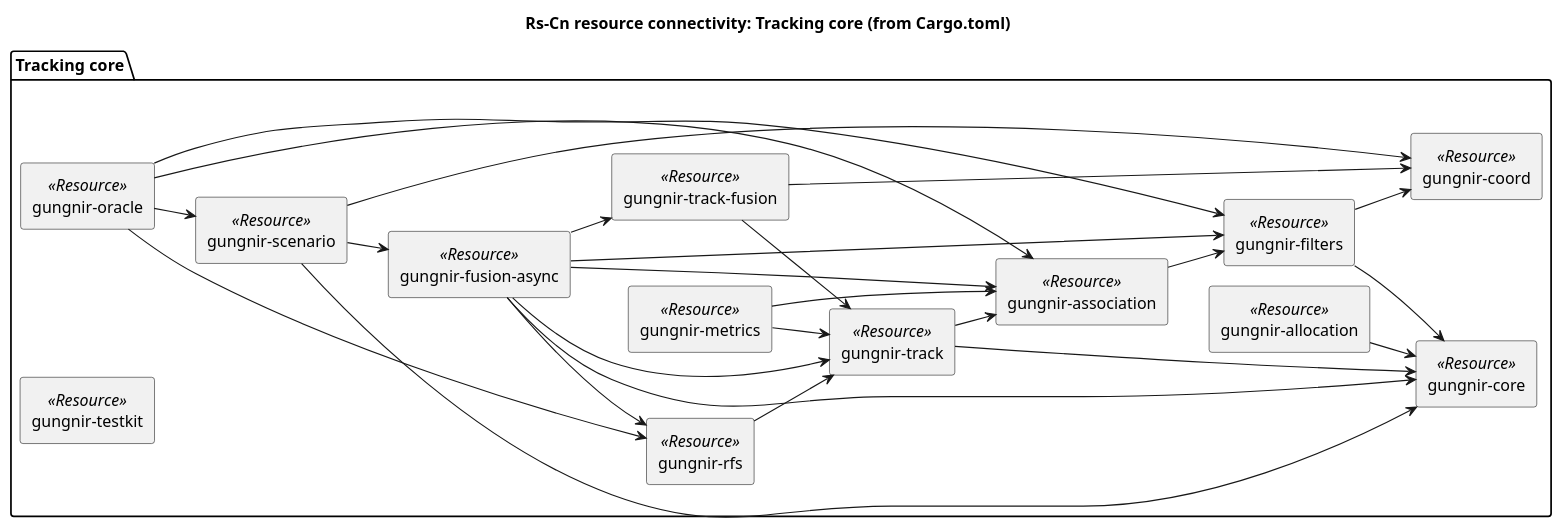
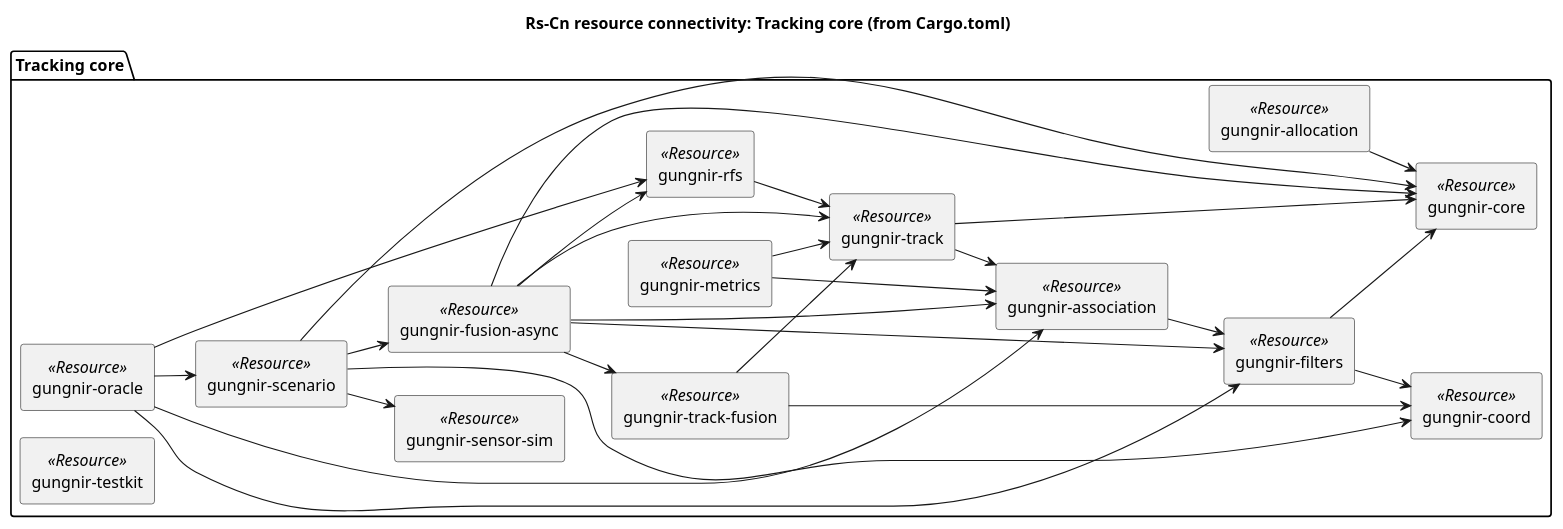
One commit to WayneRoessling/gungnir changed the diagram in docs/architecture/uaf/resources/Rs-Cn-tracking-core.puml. Above: the diagram before and after it, drawn with PlantUML. The commit also changed 160 other files, not shown here.

```diff
--- a/docs/architecture/uaf/resources/Rs-Cn-tracking-core.puml
+++ b/docs/architecture/uaf/resources/Rs-Cn-tracking-core.puml
@@ -1,46 +1,48 @@
 @startuml Rs-Cn-tracking-core
 title Rs-Cn resource connectivity: Tracking core (from Cargo.toml)
 !pragma layout smetana
 skinparam componentStyle rectangle
 skinparam linetype ortho
 left to right direction
 package "Tracking core" {
   component "gungnir-allocation" as RS_allocation <<Resource>>
   component "gungnir-association" as RS_association <<Resource>>
   component "gungnir-coord" as RS_coord <<Resource>>
   component "gungnir-core" as RS_core <<Resource>>
   component "gungnir-filters" as RS_filters <<Resource>>
   component "gungnir-fusion-async" as RS_fusion_async <<Resource>>
   component "gungnir-metrics" as RS_metrics <<Resource>>
   component "gungnir-oracle" as RS_oracle <<Resource>>
   component "gungnir-rfs" as RS_rfs <<Resource>>
   component "gungnir-scenario" as RS_scenario <<Resource>>
+  component "gungnir-sensor-sim" as RS_sensor_sim <<Resource>>
   component "gungnir-testkit" as RS_testkit <<Resource>>
   component "gungnir-track-fusion" as RS_track_fusion <<Resource>>
   component "gungnir-track" as RS_track <<Resource>>
 }
 RS_allocation --> RS_core
 RS_association --> RS_filters
 RS_filters --> RS_core
 RS_filters --> RS_coord
 RS_fusion_async --> RS_track
 RS_fusion_async --> RS_rfs
 RS_fusion_async --> RS_track_fusion
 RS_fusion_async --> RS_core
 RS_fusion_async --> RS_filters
 RS_fusion_async --> RS_association
 RS_metrics --> RS_track
 RS_metrics --> RS_association
 RS_oracle --> RS_filters
 RS_oracle --> RS_association
 RS_oracle --> RS_rfs
 RS_oracle --> RS_scenario
 RS_rfs --> RS_track
 RS_scenario --> RS_core
 RS_scenario --> RS_coord
 RS_scenario --> RS_fusion_async
+RS_scenario --> RS_sensor_sim
 RS_track_fusion --> RS_track
 RS_track_fusion --> RS_coord
 RS_track --> RS_core
 RS_track --> RS_association
 @enduml
```
